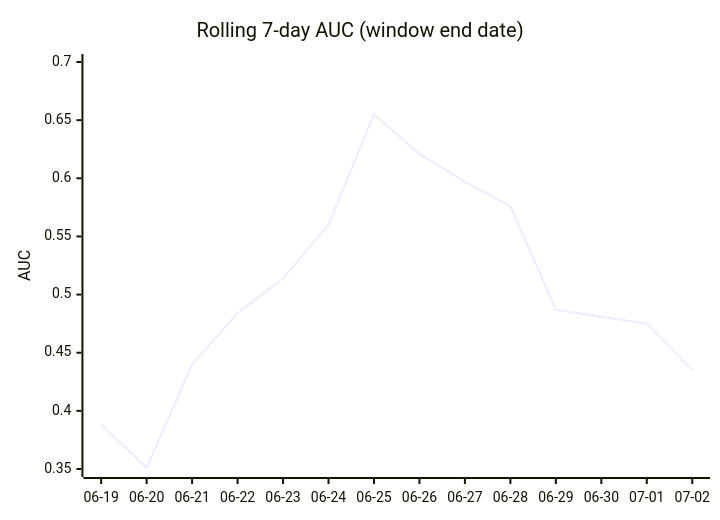
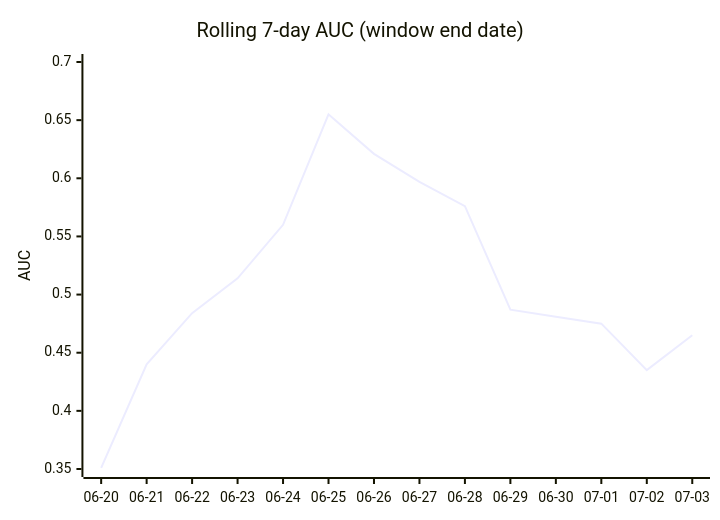
Before and after one commit to dpk1212/nhl-savant: the fourth of 5 diagrams in DAILY_AGSU_REPORT.md, drawn with Mermaid. The commit also changed other lines of this file, not shown here.

````diff
--- a/DAILY_AGSU_REPORT.md
+++ b/DAILY_AGSU_REPORT.md
@@ -534,7 +532,7 @@
 ```mermaid
 xychart-beta
     title "Rolling 7-day AUC (window end date)"
-    x-axis ["06-19", "06-20", "06-21", "06-22", "06-23", "06-24", "06-25", "06-26", "06-27", "06-28", "06-29", "06-30", "07-01", "07-02"]
+    x-axis ["06-20", "06-21", "06-22", "06-23", "06-24", "06-25", "06-26", "06-27", "06-28", "06-29", "06-30", "07-01", "07-02", "07-03"]
     y-axis "AUC" 0.35 --> 0.7
-    line [0.388, 0.351, 0.44, 0.484, 0.514, 0.56, 0.655, 0.621, 0.597, 0.576, 0.487, 0.481, 0.475, 0.435]
+    line [0.351, 0.44, 0.484, 0.514, 0.56, 0.655, 0.621, 0.597, 0.576, 0.487, 0.481, 0.475, 0.435, 0.465]
 ```
````
